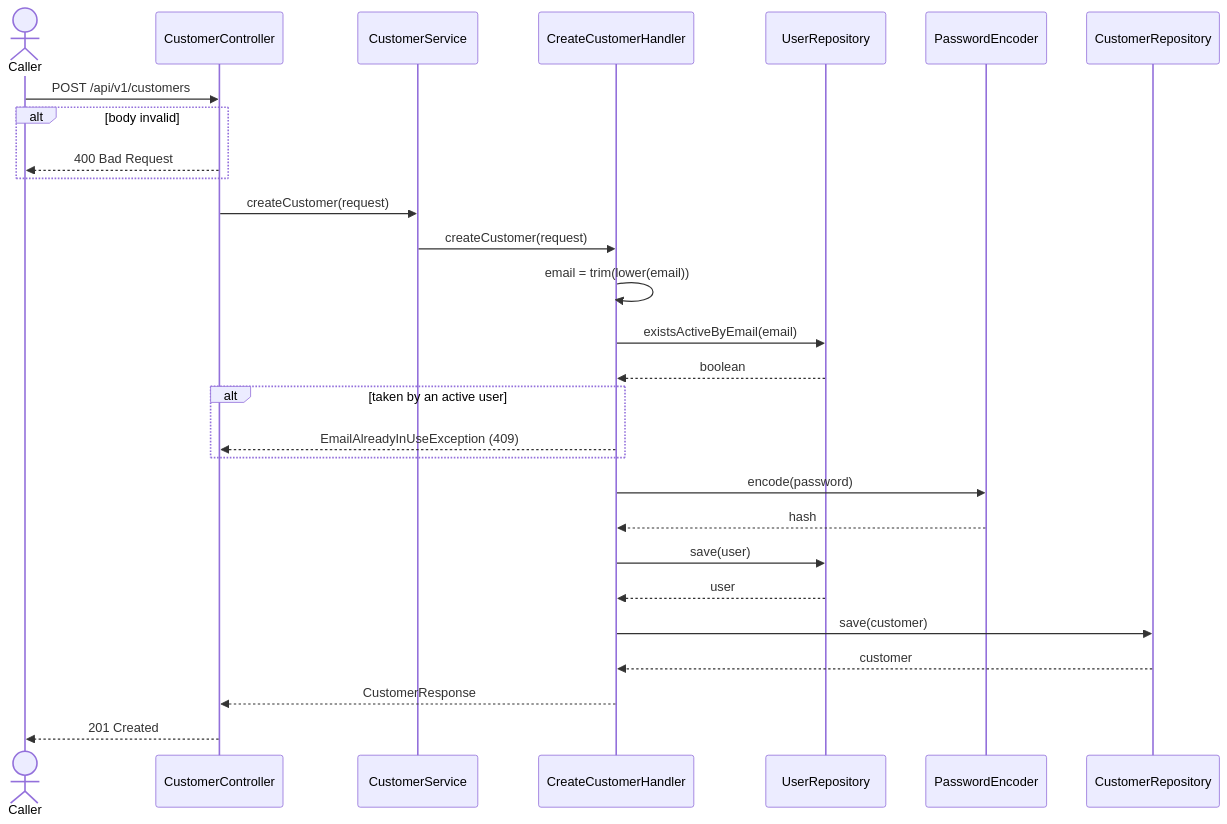
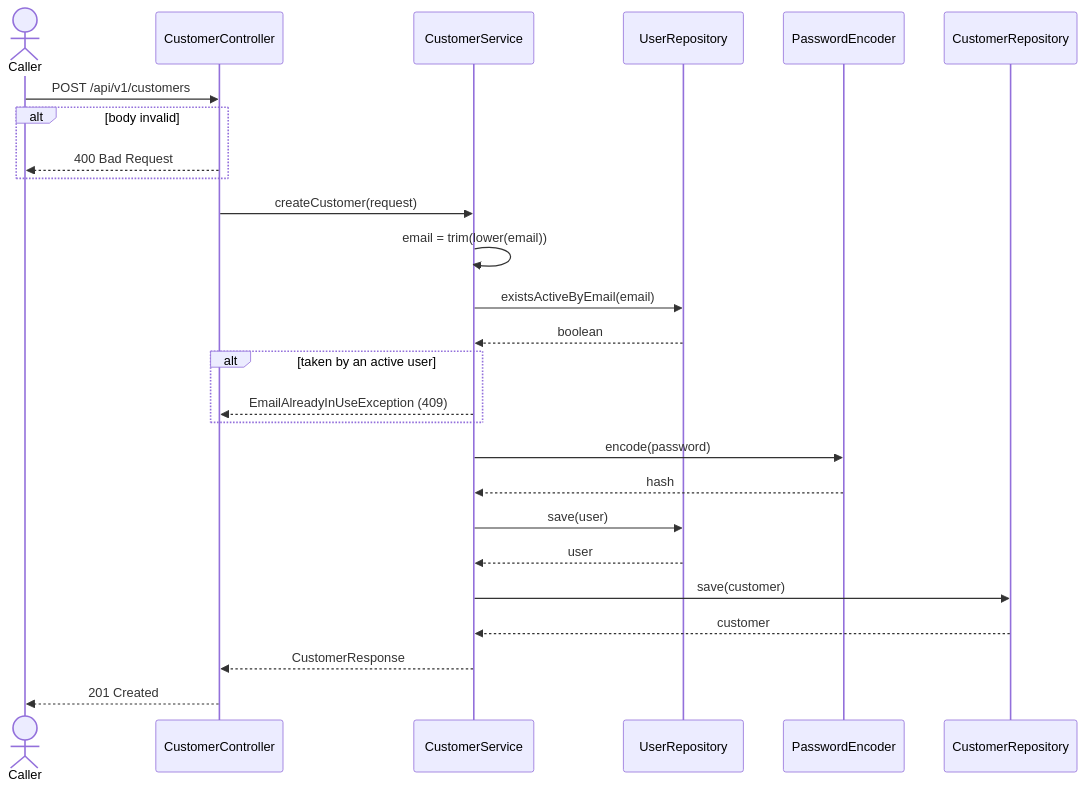
Before and after one commit to msmohammed0077-cmd/mentorship-restaurant: the diagram in restaurant/.docs/use-cases/customer-management/create-customer/create-customer.md, drawn with Mermaid. The commit also changed other lines of this file and 14 other files, not shown here.

````diff
--- a/restaurant/.docs/use-cases/customer-management/create-customer/create-customer.md
+++ b/restaurant/.docs/use-cases/customer-management/create-customer/create-customer.md
@@ -154,31 +154,29 @@
 ```mermaid
 sequenceDiagram
     actor Caller
     participant C as CustomerController
-    participant S as CustomerService
-    participant H as CreateCustomerHandler
+    participant H as CustomerService
     participant UR as UserRepository
     participant PE as PasswordEncoder
     participant CR as CustomerRepository
 
     Caller->>C: POST /api/v1/customers
     alt body invalid
         C-->>Caller: 400 Bad Request
     end
-    C->>S: createCustomer(request)
-    S->>H: createCustomer(request)
+    C->>H: createCustomer(request)
     H->>H: email = trim(lower(email))
     H->>UR: existsActiveByEmail(email)
     UR-->>H: boolean
     alt taken by an active user
         H-->>C: EmailAlreadyInUseException (409)
     end
     H->>PE: encode(password)
     PE-->>H: hash
     H->>UR: save(user)
     UR-->>H: user
     H->>CR: save(customer)
     CR-->>H: customer
     H-->>C: CustomerResponse
     C-->>Caller: 201 Created
 ```
````
